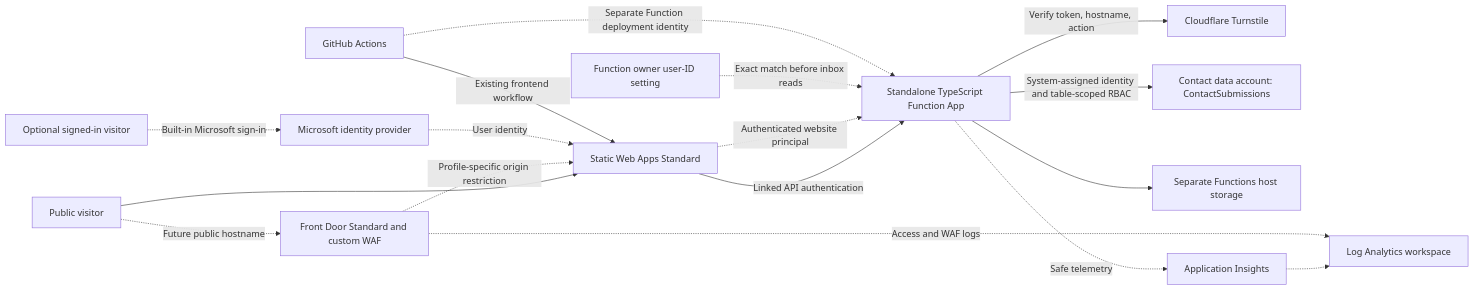
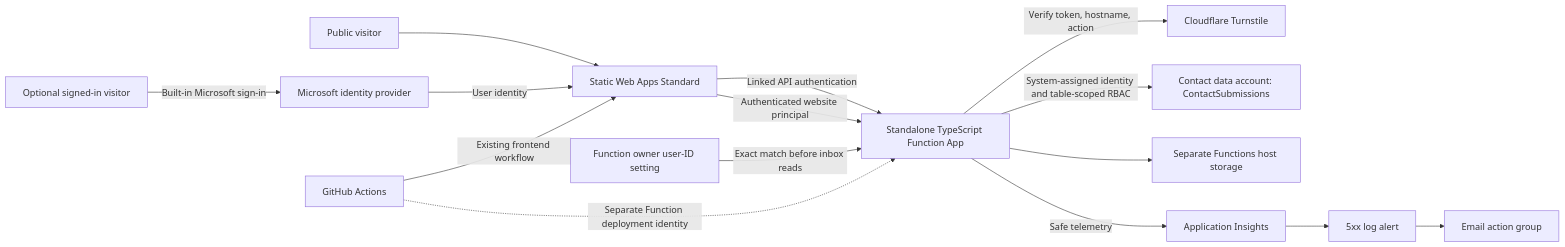
Before and after one commit to adan4650/azure-portfolio: the second of 2 diagrams in README.md, drawn with Mermaid. The commit also changed other lines of this file and 8 other files, not shown here.

````diff
--- a/README.md
+++ b/README.md
@@ -68,19 +68,17 @@
 ```mermaid
 flowchart LR
     Visitor[Public visitor] --> SWA[Static Web Apps Standard]
-    Visitor -. Future public hostname .-> FD[Front Door Standard and custom WAF]
-    FD -. Profile-specific origin restriction .-> SWA
     SWA -->|Linked API authentication| API[Standalone TypeScript Function App]
     API -->|Verify token, hostname, action| Turnstile[Cloudflare Turnstile]
     API -->|System-assigned identity and table-scoped RBAC| Table[Contact data account: ContactSubmissions]
     API --> Host[Separate Functions host storage]
-    Member[Optional signed-in visitor] -. Built-in Microsoft sign-in .-> Microsoft[Microsoft identity provider]
-    Microsoft -. User identity .-> SWA
-    SWA -. Authenticated website principal .-> API
-    OwnerSetting[Function owner user-ID setting] -. Exact match before inbox reads .-> API
-    API -. Safe telemetry .-> AI[Application Insights]
-    AI -.-> Logs[Log Analytics workspace]
-    FD -. Access and WAF logs .-> Logs
+    Member[Optional signed-in visitor] -->|Built-in Microsoft sign-in| Microsoft[Microsoft identity provider]
+    Microsoft -->|User identity| SWA
+    SWA -->|Authenticated website principal| API
+    OwnerSetting[Function owner user-ID setting] -->|Exact match before inbox reads| API
+    API -->|Safe telemetry| AI[Application Insights]
+    AI --> Alert[5xx log alert]
+    Alert --> ActionGroup[Email action group]
     GitHub[GitHub Actions] -->|Existing frontend workflow| SWA
     GitHub -. Separate Function deployment identity .-> API
 ```
````
